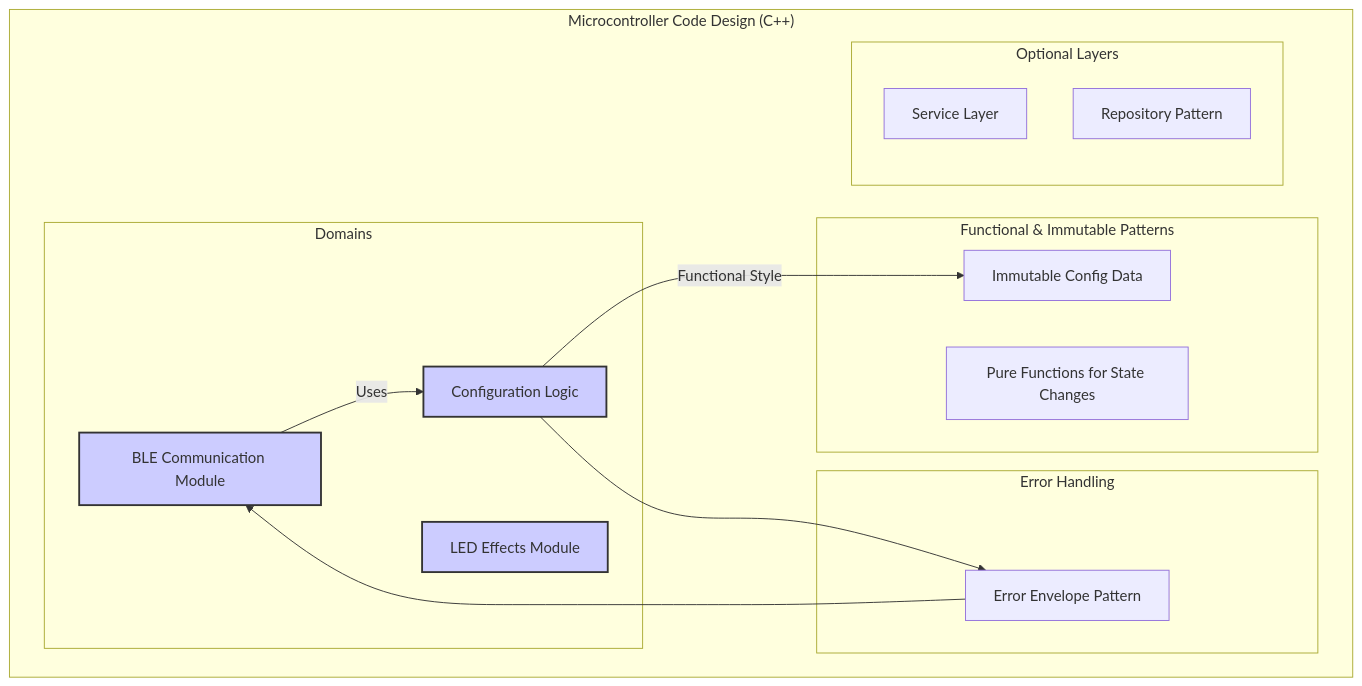
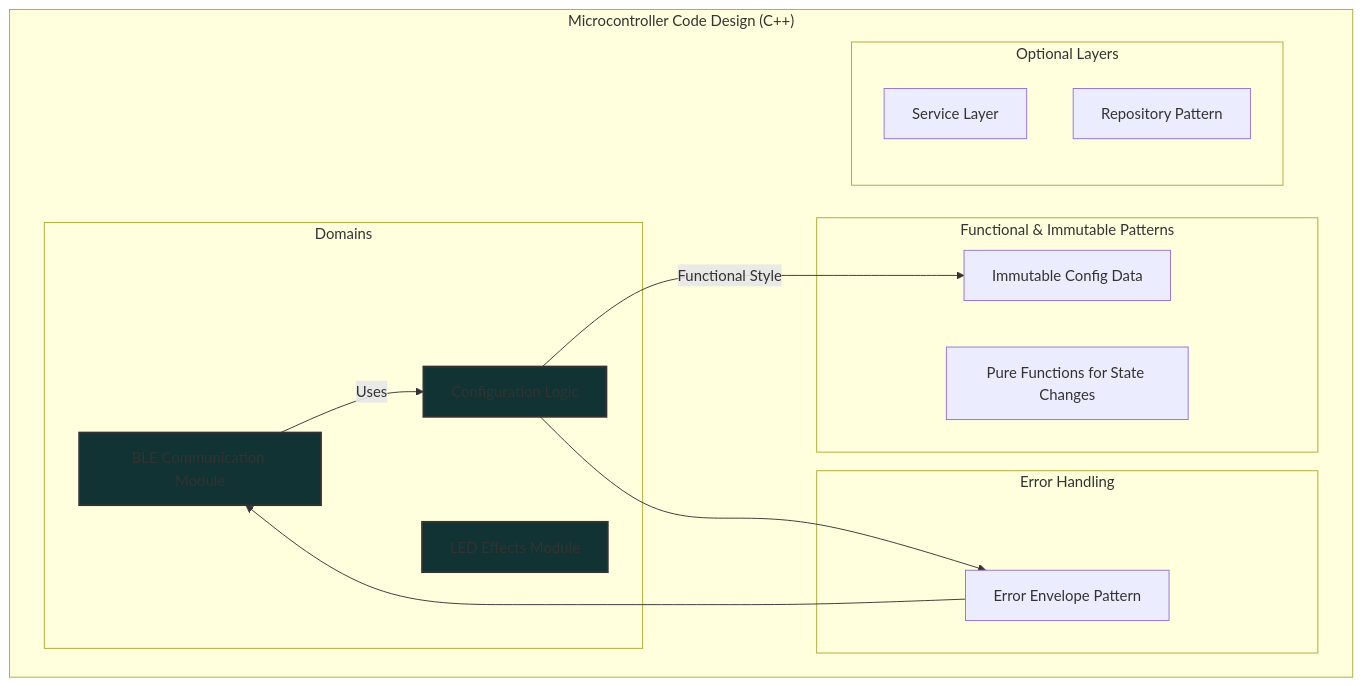
One commit to AatozInnoInc/bt-led-controller changed the diagram in systems-design/overall-design.mmd. Above: the diagram before and after it, drawn with Mermaid. The commit also changed 6 other files, not shown here.

Commit message:
Charts more readable, oalthough not consistent

```diff
--- a/systems-design/overall-design.mmd
+++ b/systems-design/overall-design.mmd
@@ -1,35 +1,35 @@
 %%{config: { "theme": null, "themeCSS": "./theme.mmd" }}%%
 
 flowchart TD
 
 subgraph Microcontroller_Design["Microcontroller Code Design (C++)"]
     subgraph Domains
         LED_Effects[LED Effects Module]
         BLE_Comm[BLE Communication Module]
         Config_Logic[Configuration Logic]
     end
 
     subgraph Functional_Approach["Functional & Immutable Patterns"]
         Immutability[Immutable Config Data]
         PureFunctions[Pure Functions for State Changes]
     end
 
     subgraph Error_Handling["Error Handling"]
         ErrorEnvelope[Error Envelope Pattern]
     end
 
     subgraph Optional_Patterns["Optional Layers"]
         Services[Service Layer]
         Repositories[Repository Pattern]
     end
 
     %% Connections
     BLE_Comm -->|Uses| Config_Logic
     Config_Logic -->|Functional Style| Immutability
     Config_Logic --> ErrorEnvelope
     ErrorEnvelope --> BLE_Comm
 
-    style LED_Effects fill:#ccf,stroke:#333,stroke-width:2px
-    style BLE_Comm fill:#ccf,stroke:#333,stroke-width:2px
-    style Config_Logic fill:#ccf,stroke:#333,stroke-width:2px
+    style LED_Effects fill:#133,stroke:#333,stroke-width:2px
+    style BLE_Comm fill:#133,stroke:#333,stroke-width:2px
+    style Config_Logic fill:#133,stroke:#333,stroke-width:2px
 end
```
